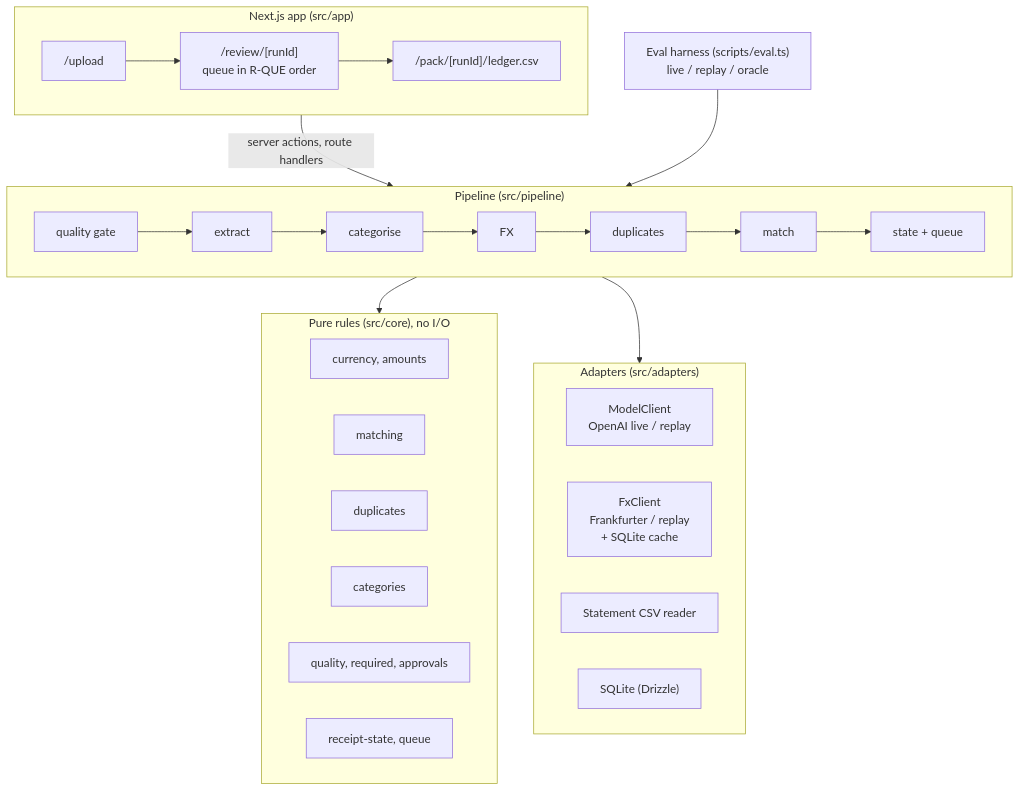
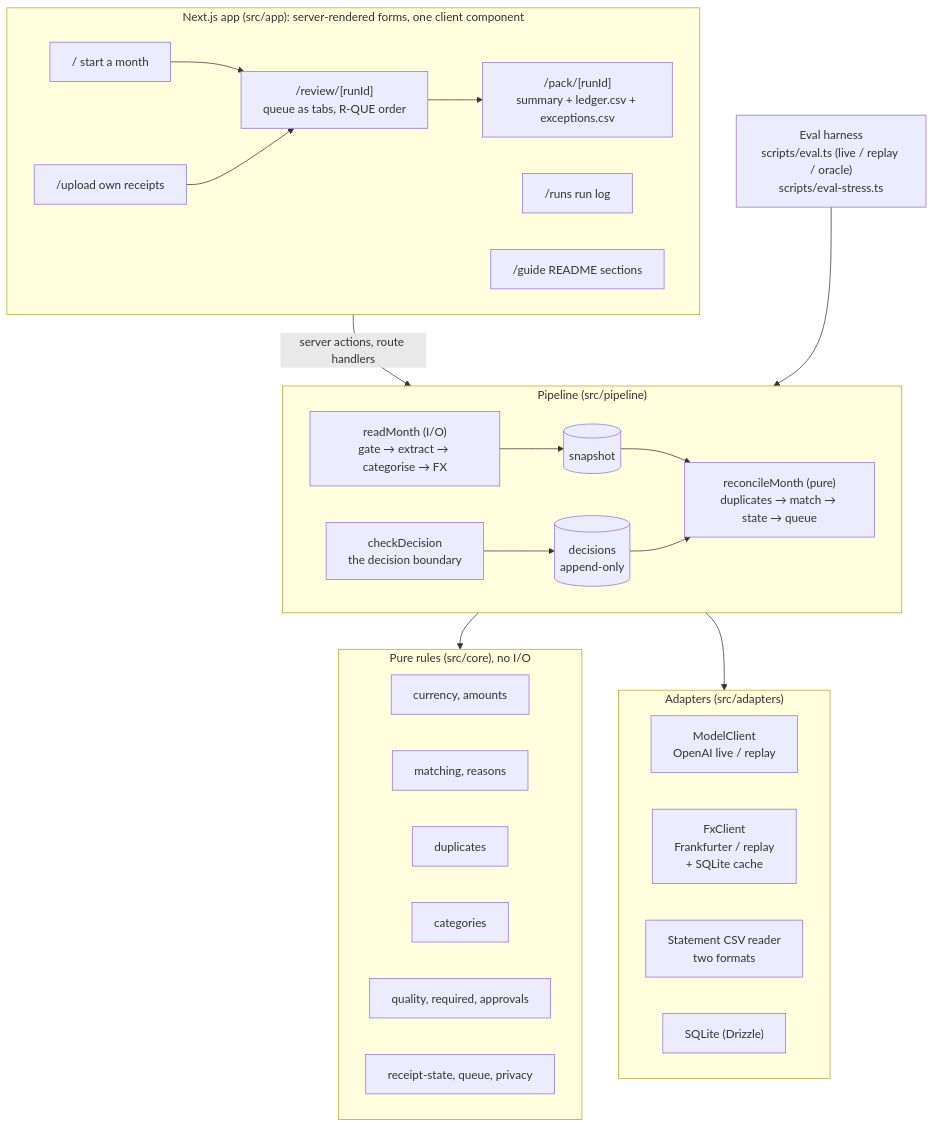
Before and after one commit to sicefguroni/receipt-reconciliation: the diagram in docs/ARCHITECTURE.md, drawn with Mermaid. The commit also changed other lines of this file and 1 other file, not shown here.

Commit message:
docs: RUNBOOK for operators; ARCHITECTURE as built at the end of the sprint

````diff
--- a/docs/ARCHITECTURE.md
+++ b/docs/ARCHITECTURE.md
@@ -13,28 +13,34 @@
 ```mermaid
 flowchart TB
-  subgraph UI["Next.js app (src/app)"]
-    U1["/upload"] --> U2["/review/[runId]<br/>queue in R-QUE order"] --> U3["/pack/[runId]/ledger.csv"]
+  subgraph UI["Next.js app (src/app): server-rendered forms, one client component"]
+    U0["/  start a month"] --> U2["/review/[runId]<br/>queue as tabs, R-QUE order"] --> U3["/pack/[runId]<br/>summary + ledger.csv + exceptions.csv"]
+    U1["/upload  own receipts"] --> U2
+    U4["/runs  run log"]
+    U5["/guide  README sections"]
   end
   subgraph PIPE["Pipeline (src/pipeline)"]
     direction LR
-    P1[quality gate] --> P2[extract] --> P3[categorise] --> P4[FX] --> P5[duplicates] --> P6[match] --> P7[state + queue]
+    R1["readMonth (I/O)<br/>gate → extract → categorise → FX"] --> S[("snapshot")]
+    S --> R2["reconcileMonth (pure)<br/>duplicates → match → state → queue"]
+    D[("decisions<br/>append-only")] --> R2
+    DC["checkDecision<br/>the decision boundary"] --> D
   end
   subgraph CORE["Pure rules (src/core), no I/O"]
     C1[currency, amounts]
-    C2[matching]
+    C2[matching, reasons]
     C3[duplicates]
     C4[categories]
     C5[quality, required, approvals]
-    C6[receipt-state, queue]
+    C6[receipt-state, queue, privacy]
   end
   subgraph AD["Adapters (src/adapters)"]
     A1["ModelClient<br/>OpenAI live / replay"]
     A2["FxClient<br/>Frankfurter / replay<br/>+ SQLite cache"]
-    A3["Statement CSV reader"]
+    A3["Statement CSV reader<br/>two formats"]
     A4["SQLite (Drizzle)"]
   end
   UI -->|server actions, route handlers| PIPE
   PIPE --> CORE
   PIPE --> AD
-  EVAL["Eval harness (scripts/eval.ts)<br/>live / replay / oracle"] --> PIPE
+  EVAL["Eval harness<br/>scripts/eval.ts (live / replay / oracle)<br/>scripts/eval-stress.ts"] --> PIPE
 ```
````
